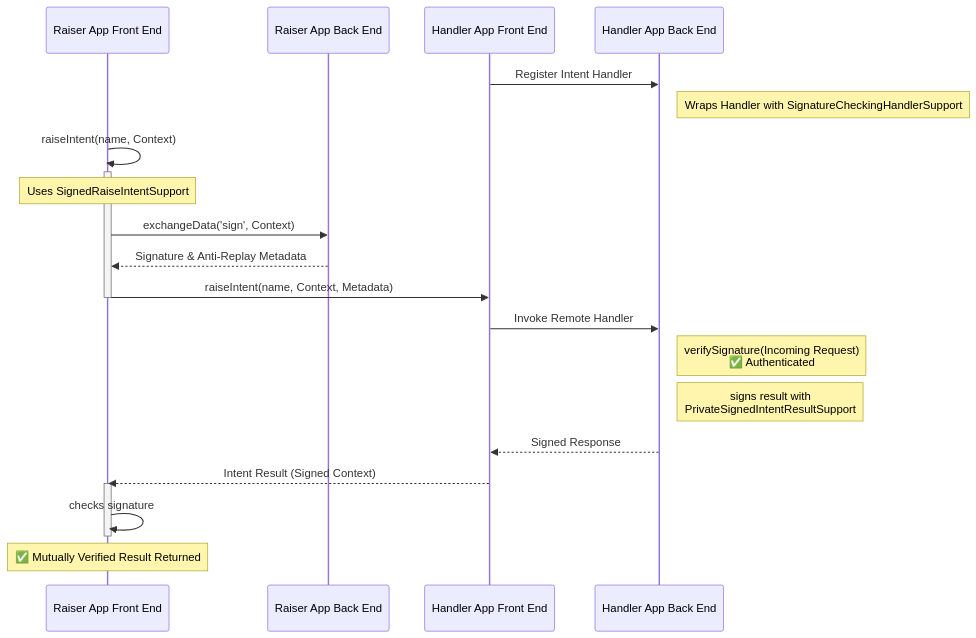
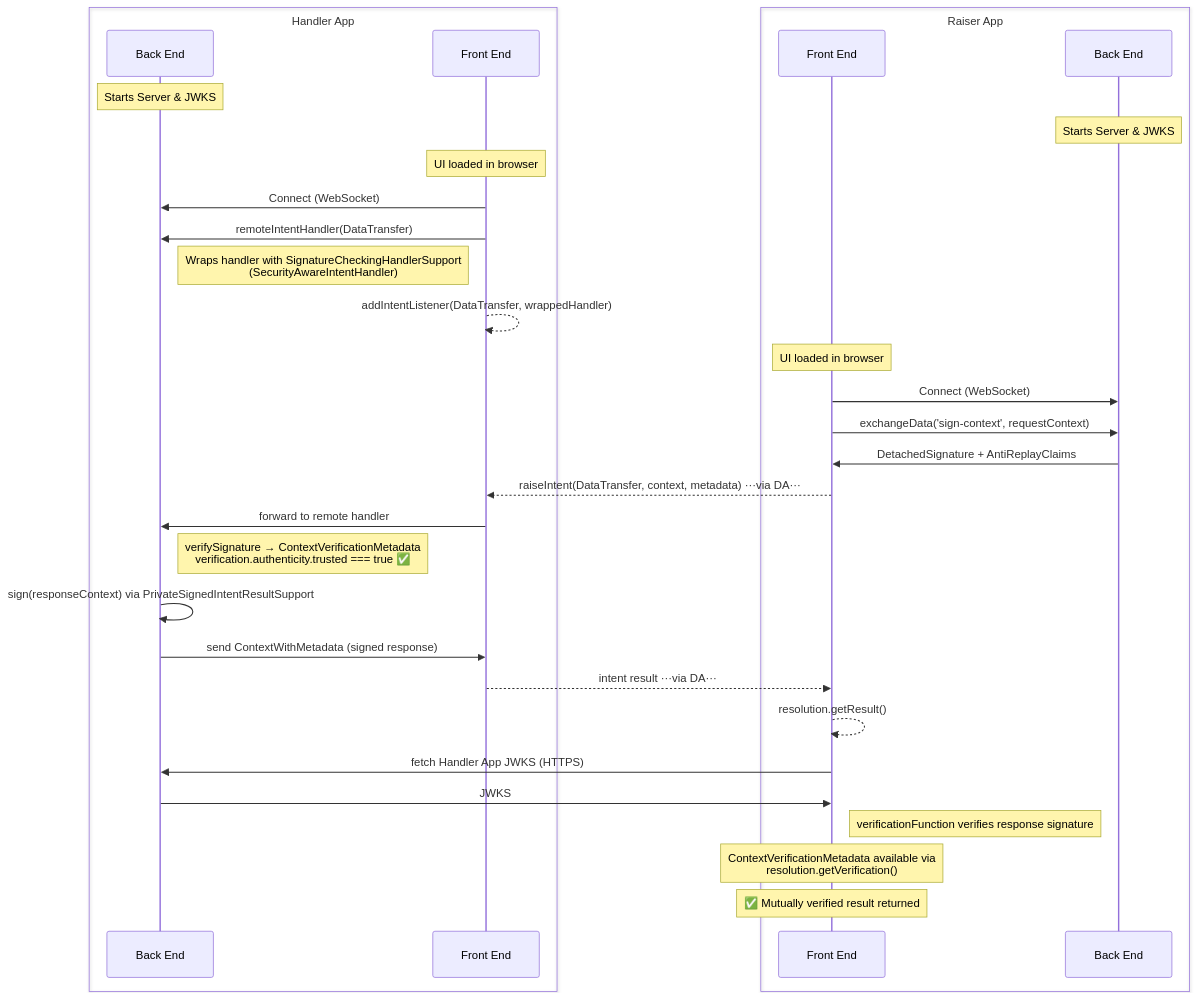
The fourth of 5 diagrams in packages/fdc3-security/samples/README.md (finos/FDC3), drawn with Mermaid before and after one commit. The commit also changed other lines of this file and 76 other files, not shown here.

````diff
--- a/packages/fdc3-security/samples/README.md
+++ b/packages/fdc3-security/samples/README.md
@@ -117,30 +207,40 @@
 ```mermaid
 sequenceDiagram
-    participant BFE as Raiser App Front End
-    participant BBE as Raiser App Back End
-    participant AFE as Handler App Front End
-    participant ABE as Handler App Back End
+    box Handler App
+        participant HBE as Back End
+        participant HFE as Front End
+    end
+    box Raiser App
+        participant RFE as Front End
+        participant RBE as Back End
+    end
 
-    AFE->>ABE: Register Intent Handler
-    Note right of ABE: Wraps Handler with SignatureCheckingHandlerSupport
+    Note over HBE: Starts Server & JWKS
+    Note over RBE: Starts Server & JWKS
 
-    BFE->>BFE: raiseIntent(name, Context)
-    activate BFE
-    Note over BFE: Uses SignedRaiseIntentSupport
-    BFE->>BBE: exchangeData('sign', Context)
-    BBE-->>BFE: Signature & Anti-Replay Metadata
-    BFE->>AFE: raiseIntent(name, Context, Metadata)
-    deactivate BFE
-    
-    AFE->>ABE: Invoke Remote Handler
-    Note right of ABE: verifySignature(Incoming Request)<br/>✅ Authenticated
-    
-    Note right of ABE: signs result with<br/>PrivateSignedIntentResultSupport
-    ABE-->>AFE: Signed Response
-    AFE-->>BFE: Intent Result (Signed Context)
+    Note over HFE: UI loaded in browser
+    HFE->>HBE: Connect (WebSocket)
+    HFE->>HBE: remoteIntentHandler(DataTransfer)
+    Note right of HBE: Wraps handler with SignatureCheckingHandlerSupport<br/>(SecurityAwareIntentHandler)
+    HFE-->>HFE: addIntentListener(DataTransfer, wrappedHandler)
 
-    activate BFE
-    BFE->>BFE: checks signature
-    deactivate BFE    
-    Note over BFE: ✅ Mutually Verified Result Returned
+    Note over RFE: UI loaded in browser
+    RFE->>RBE: Connect (WebSocket)
+    RFE->>RBE: exchangeData('sign-context', requestContext)
+    RBE->>RFE: DetachedSignature + AntiReplayClaims
+
+    RFE-->>HFE: raiseIntent(DataTransfer, context, metadata) ···via DA···
+    HFE->>HBE: forward to remote handler
+
+    Note right of HBE: verifySignature → ContextVerificationMetadata<br/>verification.authenticity.trusted === true ✅
+    HBE->>HBE: sign(responseContext) via PrivateSignedIntentResultSupport
+    HBE->>HFE: send ContextWithMetadata (signed response)
+    HFE-->>RFE: intent result ···via DA···
+
+    RFE-->>RFE: resolution.getResult()
+    RFE->>HBE: fetch Handler App JWKS (HTTPS)
+    HBE->>RFE: JWKS
+    Note right of RFE: verificationFunction verifies response signature
+    Note over RFE: ContextVerificationMetadata available via<br/>resolution.getVerification()
+    Note over RFE: ✅ Mutually verified result returned
 ```
````
